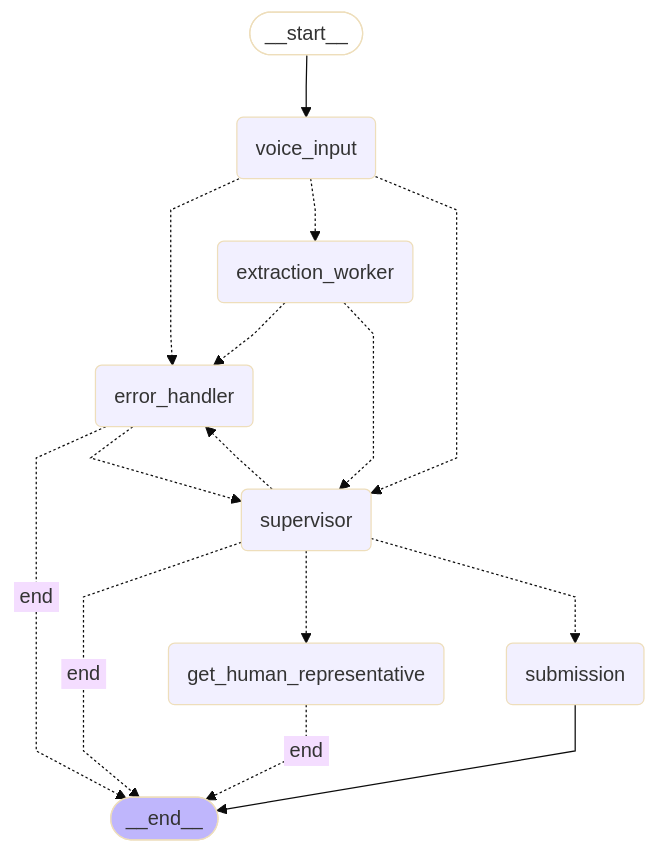
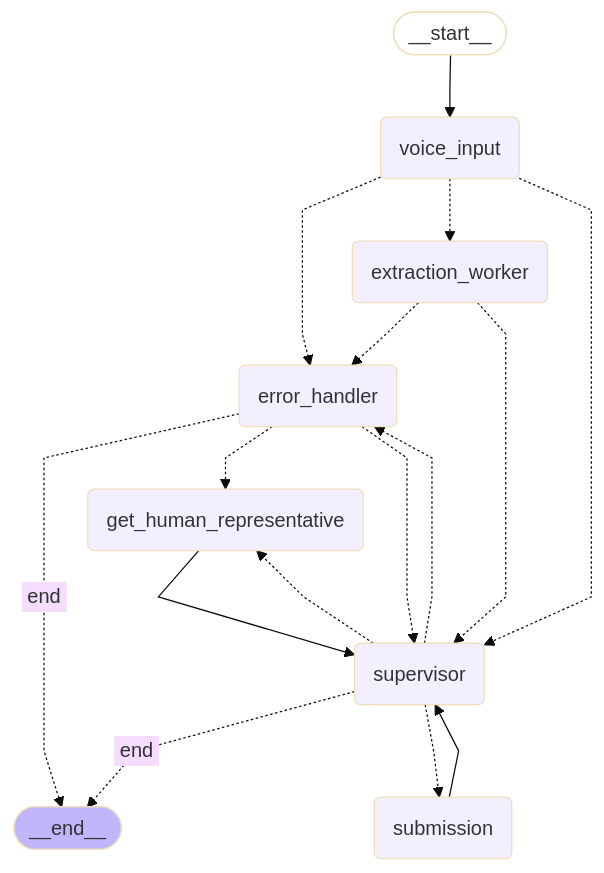
One commit to nicholascpark/Claims-Handler-Agent-v1 changed the diagram in graph.mmd. Above: the diagram before and after it, drawn with Mermaid (base theme). The commit also changed 28 other files, not shown here.

```diff
--- a/graph.mmd
+++ b/graph.mmd
@@ -1,31 +1,32 @@
 ---
 config:
   flowchart:
     curve: linear
 ---
 graph TD;
 	__start__([<p>__start__</p>]):::first
 	voice_input(voice_input)
 	extraction_worker(extraction_worker)
 	supervisor(supervisor)
 	submission(submission)
 	get_human_representative(get_human_representative)
 	error_handler(error_handler)
 	__end__([<p>__end__</p>]):::last
 	__start__ --> voice_input;
 	error_handler -. &nbsp;end&nbsp; .-> __end__;
+	error_handler -.-> get_human_representative;
 	error_handler -.-> supervisor;
 	extraction_worker -.-> error_handler;
 	extraction_worker -.-> supervisor;
-	get_human_representative -. &nbsp;end&nbsp; .-> __end__;
+	get_human_representative --> supervisor;
+	submission --> supervisor;
 	supervisor -. &nbsp;end&nbsp; .-> __end__;
 	supervisor -.-> error_handler;
 	supervisor -.-> get_human_representative;
 	supervisor -.-> submission;
 	voice_input -.-> error_handler;
 	voice_input -.-> extraction_worker;
 	voice_input -.-> supervisor;
-	submission --> __end__;
 	classDef default fill:#f2f0ff,line-height:1.2
 	classDef first fill-opacity:0
 	classDef last fill:#bfb6fc
```
